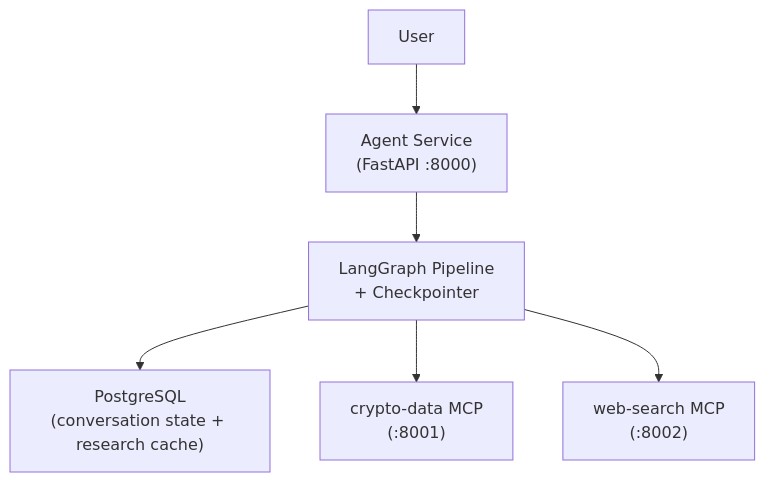
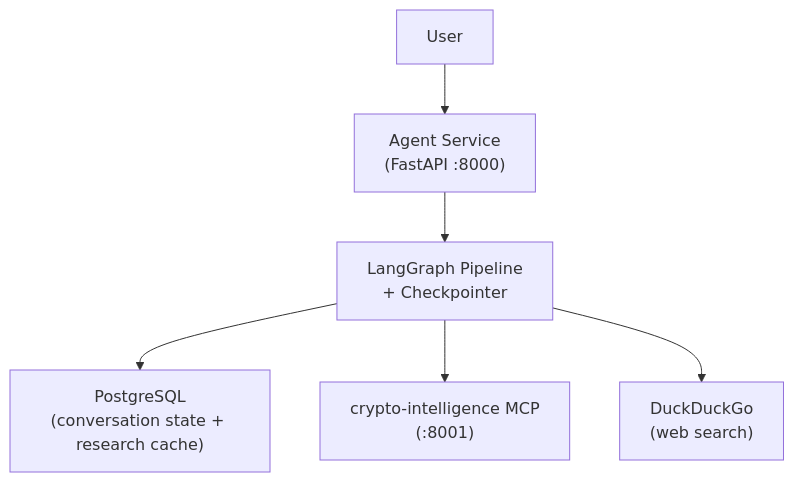
One commit to ksopyla/agent-patterns-lab changed the fourth of 7 diagrams in docs/curriculum.md. Above: the diagram before and after it, drawn with Mermaid. The commit also changed other lines of this file and 18 other files, not shown here.

````diff
--- a/docs/curriculum.md
+++ b/docs/curriculum.md
@@ -203,8 +202,8 @@
 ```mermaid
 graph TD
     User --> FastAPI["Agent Service\n(FastAPI :8000)"]
     FastAPI --> Pipeline["LangGraph Pipeline\n+ Checkpointer"]
     Pipeline --> PG["PostgreSQL\n(conversation state + research cache)"]
-    Pipeline --> CryptoMCP["crypto-data MCP\n(:8001)"]
-    Pipeline --> WebMCP["web-search MCP\n(:8002)"]
+    Pipeline --> CryptoMCP["crypto-intelligence MCP\n(:8001)"]
+    Pipeline --> DDG["DuckDuckGo\n(web search)"]
 ```
````
